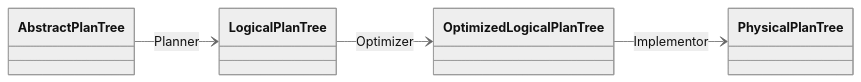
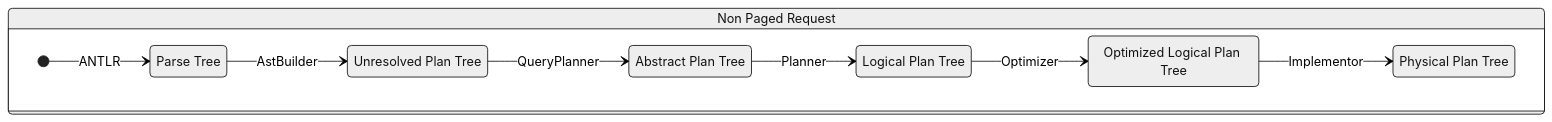
One commit to opensearch-project/sql changed the first of 22 diagrams in docs/dev/Pagination-v2.md. Above: the diagram before and after it, drawn with Mermaid (neutral theme). The commit also changed other lines of this file and 2 other files, not shown here.

````diff
--- a/docs/dev/Pagination-v2.md
+++ b/docs/dev/Pagination-v2.md
@@ -307,12 +124,19 @@
 ```mermaid
-classDiagram
-  direction LR
-  class Abstract Plan Tree
-  class Logical Plan Tree
-  class Optimized Logical Plan Tree
-  class Physical Plan Tree
+stateDiagram-v2
+  state "Non Paged Request" as NonPaged {
+    direction LR
+    state "Parse Tree" as Parse
+    state "Unresolved Plan Tree" as Unresolved
+    state "Abstract Plan Tree" as Abstract
+    state "Logical Plan Tree" as Logical
+    state "Optimized Logical Plan Tree" as Optimized
+    state "Physical Plan Tree" as Physical
 
-  Abstract Plan Tree --> Logical Plan Tree : Planner
-  Logical Plan Tree --> Optimized Logical Plan Tree : Optimizer
-  Optimized Logical Plan Tree --> Physical Plan Tree : Implementor
+    [*] --> Parse : ANTLR
+    Parse --> Unresolved : AstBuilder
+    Unresolved --> Abstract : QueryPlanner
+    Abstract --> Logical : Planner
+    Logical --> Optimized : Optimizer
+    Optimized --> Physical : Implementor
+  }
 ```
````
